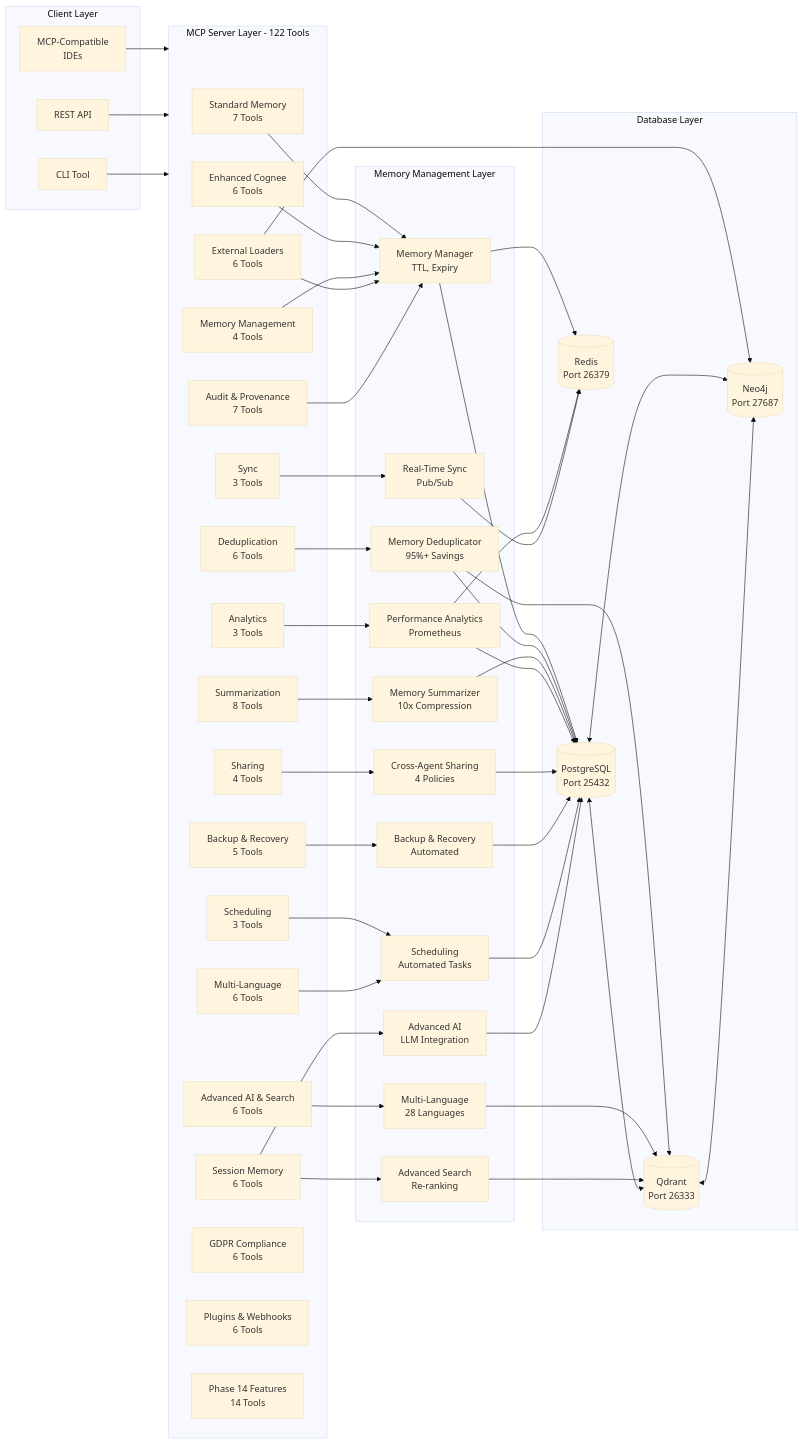
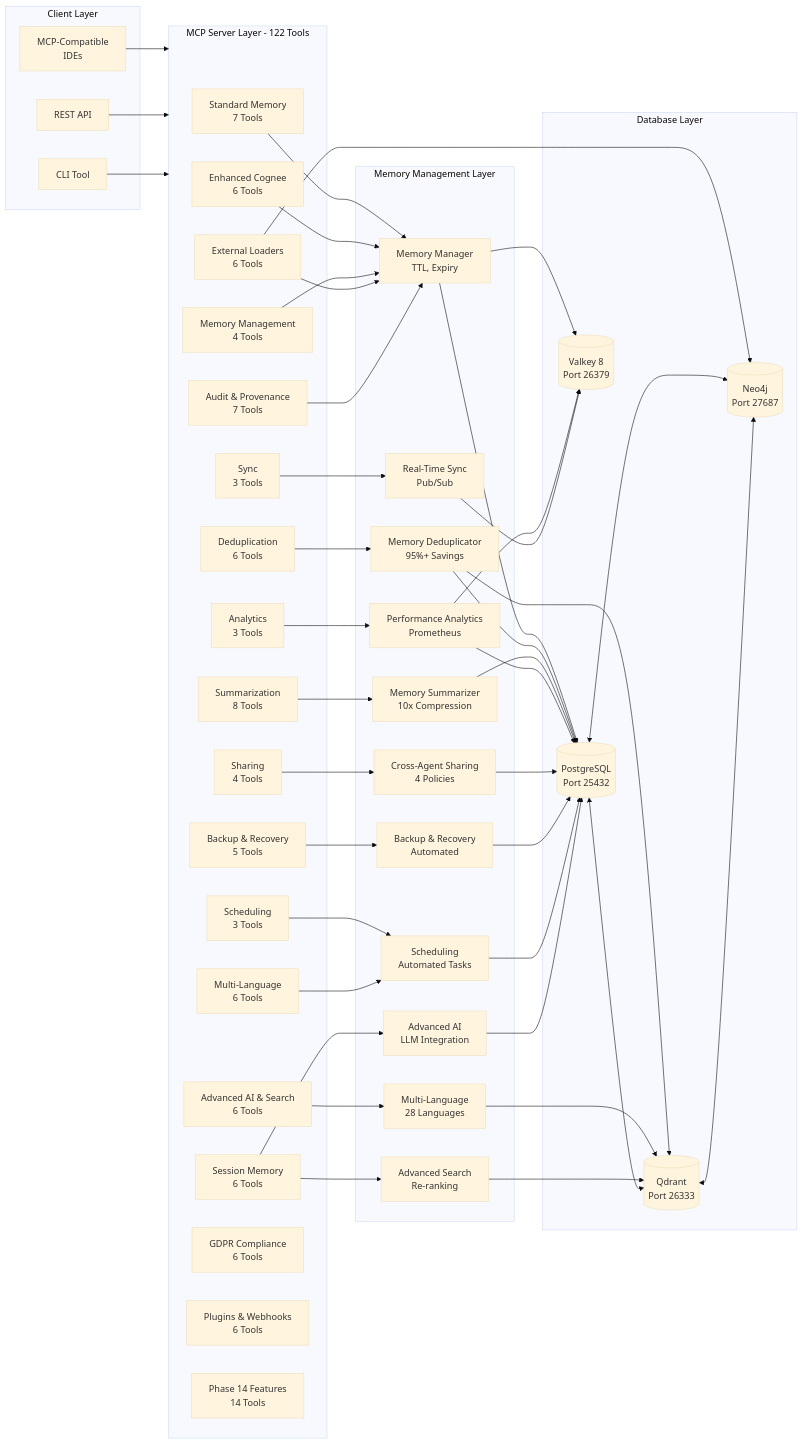
The first of 4 diagrams in README.md (vincentspereira/Enhanced-Cognee), drawn with Mermaid (base theme) before and after one commit. The commit also changed other lines of this file and 4 other files, not shown here.

```diff
--- a/README.md
+++ b/README.md
@@ -754,7 +787,7 @@
         PG[(PostgreSQL<br/>Port 25432)]
         QD[(Qdrant<br/>Port 26333)]
         N4[(Neo4j<br/>Port 27687)]
-        RD[(Redis<br/>Port 26379)]
+        RD[(Valkey 8<br/>Port 26379)]
     end
 
     AIC --> MCP
```
